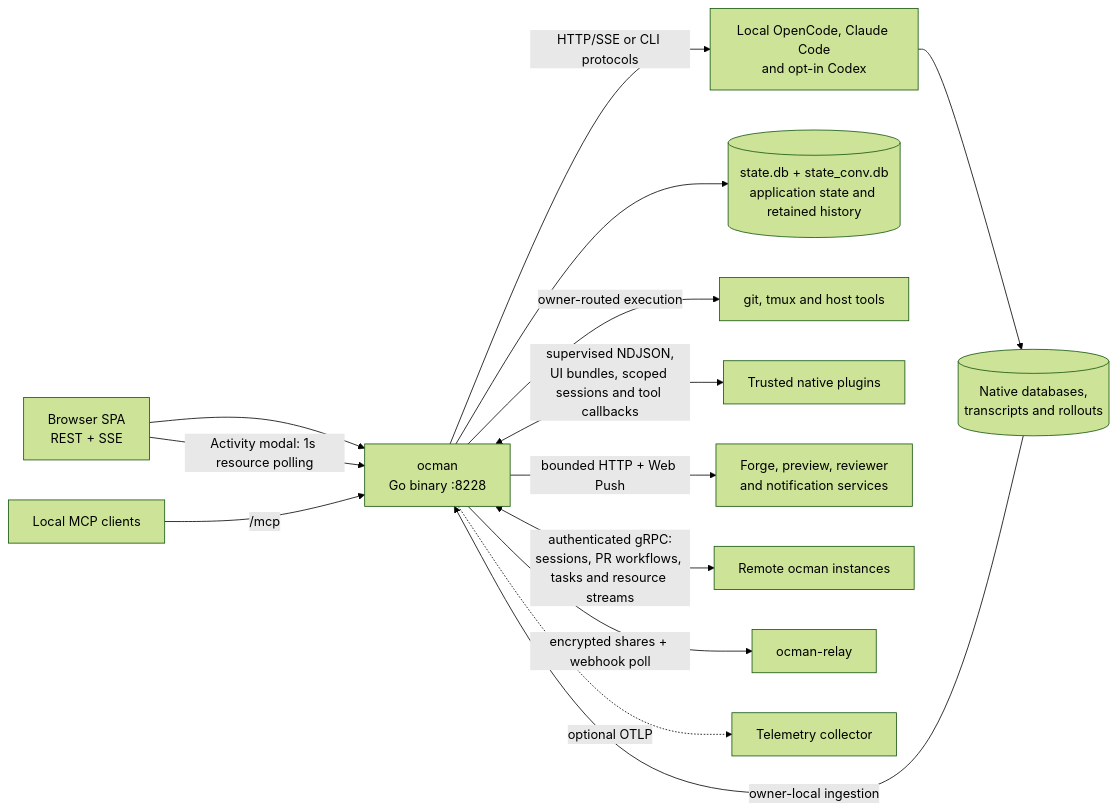
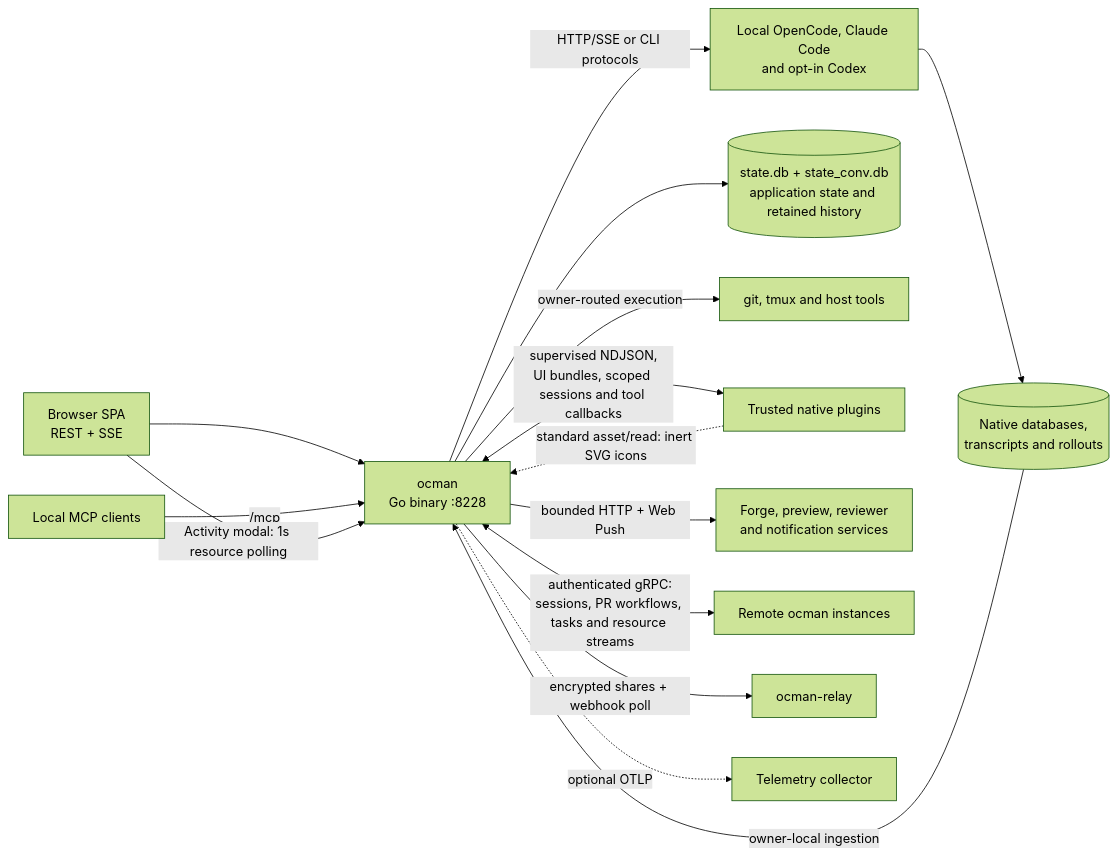
One commit to ocman/ocman changed the first of 13 diagrams in docs/other/architecture.md. Above: the diagram before and after it, drawn with Mermaid (forest theme). The commit also changed other lines of this file and 27 other files, not shown here.

Commit message:
feat(plugins): add optional navigation icons and inert SVG assets (#1326)

````diff
--- a/docs/other/architecture.md
+++ b/docs/other/architecture.md
@@ -21,16 +21,17 @@
 ```mermaid
 flowchart LR
     Browser[Browser SPA<br/>REST + SSE] --> Ocman[ocman<br/>Go binary :8228]
     Agent[Local MCP clients] -->|/mcp| Ocman
     Ocman -->|HTTP/SSE or CLI protocols| Platforms[Local OpenCode, Claude Code<br/>and opt-in Codex]
     Platforms --> Native[(Native databases,<br/>transcripts and rollouts)]
     Native -->|owner-local ingestion| Ocman
     Ocman --> Stores[(state.db + state_conv.db<br/>application state and retained history)]
     Ocman -->|owner-routed execution| Tools[git, tmux and host tools]
     Browser -->|Activity modal: 1s resource polling| Ocman
     Ocman <-->|supervised NDJSON,<br/>UI bundles, scoped sessions and tool callbacks| Plugins[Trusted native plugins]
+    Plugins -.->|standard asset/read: inert SVG icons| Ocman
     Ocman -->|bounded HTTP + Web Push| Services[Forge, preview, reviewer<br/>and notification services]
     Ocman <-->|authenticated gRPC:<br/>sessions, PR workflows, tasks and resource streams| Remotes[Remote ocman instances]
     Ocman -->|encrypted shares + webhook poll| Relay[ocman-relay]
     Ocman -.->|optional OTLP| Otel[Telemetry collector]
 ```
````
